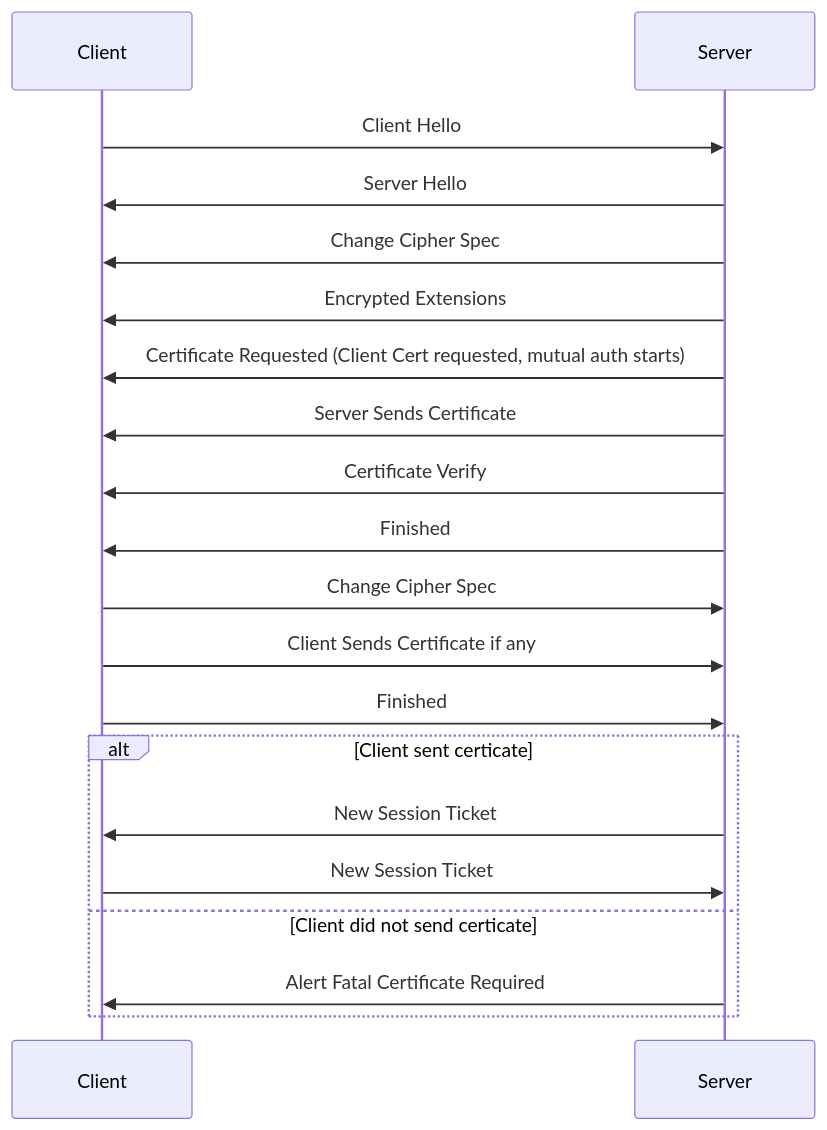
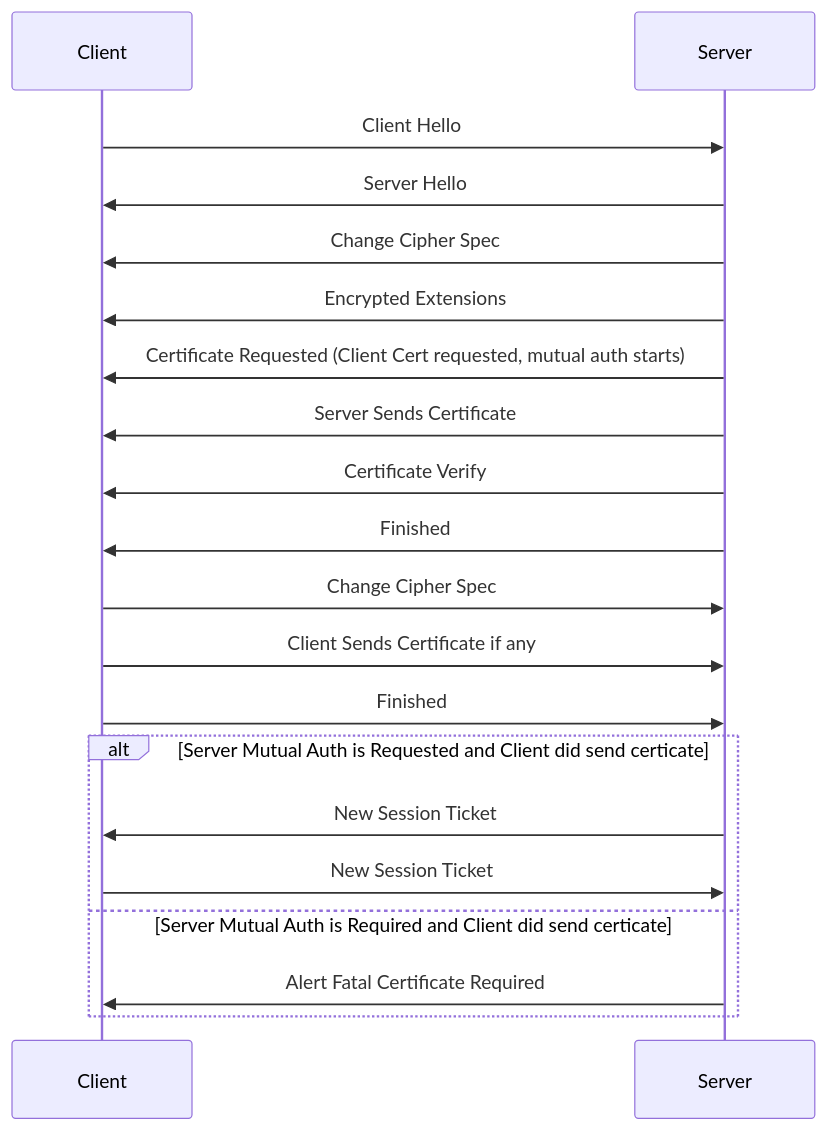
One commit to alpeshkhatri/myrepo changed the diagram in wireshark-examples/TLS-Handshake-Protocol.md. Above: the diagram before and after it, drawn with Mermaid. The commit also changed other lines of this file, not shown here.

Commit message:
Fix capitalization and spelling in TLS handshake doc

````diff
--- a/wireshark-examples/TLS-Handshake-Protocol.md
+++ b/wireshark-examples/TLS-Handshake-Protocol.md
@@ -2,24 +2,24 @@
 ```mermaid
 sequenceDiagram
     participant Client
     participant Server
 
     Client->>Server: Client Hello
     Server->>Client: Server Hello
     Server->>Client: Change Cipher Spec
     Server->>Client: Encrypted Extensions
     Server->>Client: Certificate Requested (Client Cert requested, mutual auth starts)
     Server->>Client: Server Sends Certificate 
     Server->>Client: Certificate Verify
     Server->>Client: Finished
     Client->>Server: Change Cipher Spec
     Client->>Server: Client Sends Certificate if any
     Client->>Server: Finished
-    alt Client sent certicate
+    alt Server Mutual Auth is Requested and Client did send certicate
       Server->>Client: New Session Ticket 
       Client->>Server: New Session Ticket 
-    else Client did not send certicate
+    else Server Mutual Auth is Required and Client did send certicate
       Server->>Client: Alert Fatal Certificate Required 
     end
 
 ```
````
